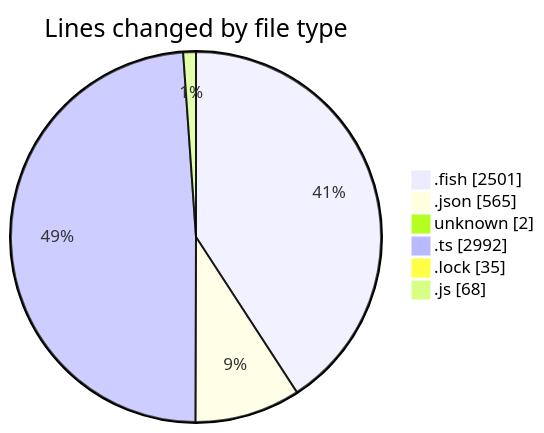
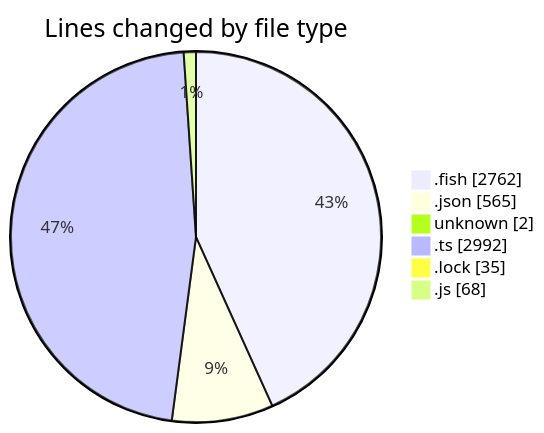
One commit to EIIisD/code-tracking changed the first of 2 diagrams in 2025-07-12/fish/README.md. Above: the diagram before and after it, drawn with Mermaid. The commit also changed other lines of this file and 1 other file, not shown here.

````diff
--- a/2025-07-12/fish/README.md
+++ b/2025-07-12/fish/README.md
@@ -154,10 +156,10 @@
 ```mermaid
 pie showData
 title Lines changed by file type
-".fish" : 2501
+".fish" : 2762
 ".json" : 565
 "unknown" : 2
 ".ts" : 2992
 ".lock" : 35
 ".js" : 68
 ```
````
